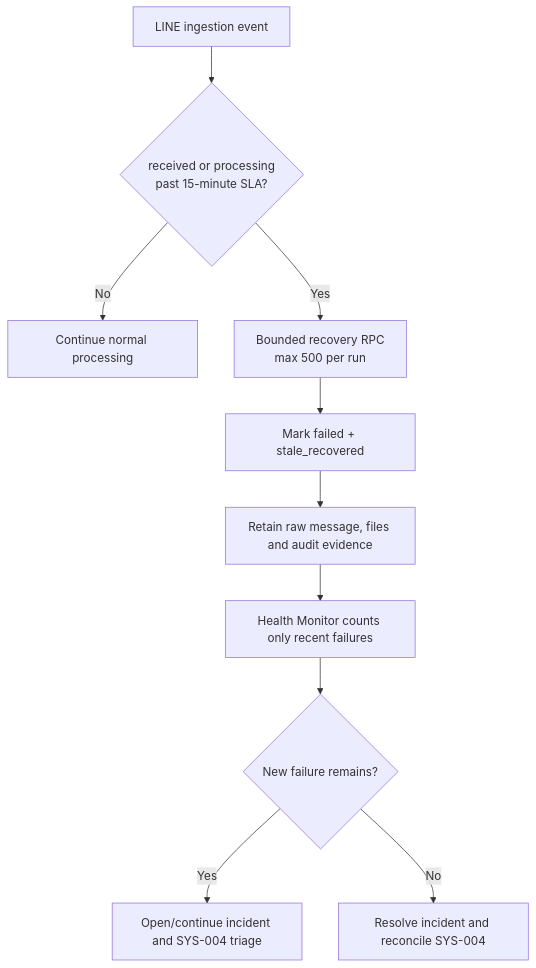
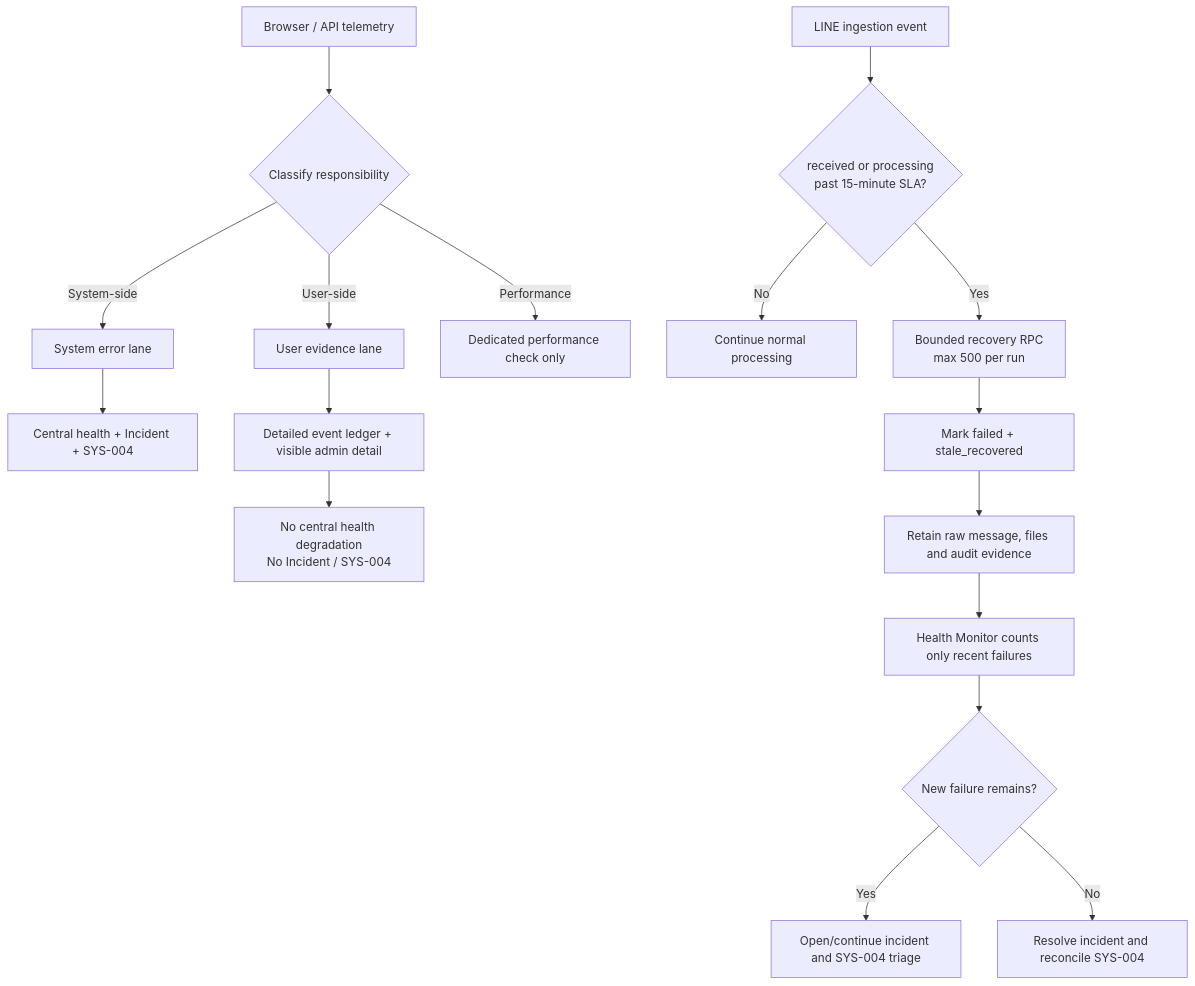
One commit to paramonjong-afk/WisdomAI changed the diagram in docs/SYSTEM_HEALTH_MONITOR_FLOW.md. Above: the diagram before and after it, drawn with Mermaid. The commit also changed other lines of this file and 7 other files, not shown here.

Commit message:
fix(health): split system and user-side telemetry

````diff
--- a/docs/SYSTEM_HEALTH_MONITOR_FLOW.md
+++ b/docs/SYSTEM_HEALTH_MONITOR_FLOW.md
@@ -1,12 +1,19 @@
 ```mermaid
 flowchart TD
+  T[Browser / API telemetry] --> K{Classify responsibility}
+  K -->|System-side| S[System error lane]
+  S --> SH[Central health + Incident + SYS-004]
+  K -->|User-side| U[User evidence lane]
+  U --> UE[Detailed event ledger + visible admin detail]
+  UE --> NX[No central health degradation<br/>No Incident / SYS-004]
+  K -->|Performance| P[Dedicated performance check only]
   A[LINE ingestion event] --> B{received or processing<br/>past 15-minute SLA?}
   B -->|No| C[Continue normal processing]
   B -->|Yes| D[Bounded recovery RPC<br/>max 500 per run]
   D --> E[Mark failed + stale_recovered]
   E --> F[Retain raw message, files and audit evidence]
   F --> G[Health Monitor counts only recent failures]
   G --> H{New failure remains?}
   H -->|Yes| I[Open/continue incident and SYS-004 triage]
   H -->|No| J[Resolve incident and reconcile SYS-004]
 ```
````
